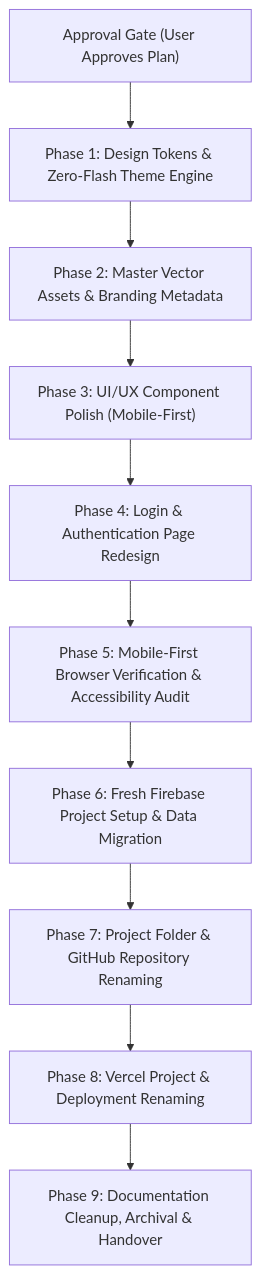
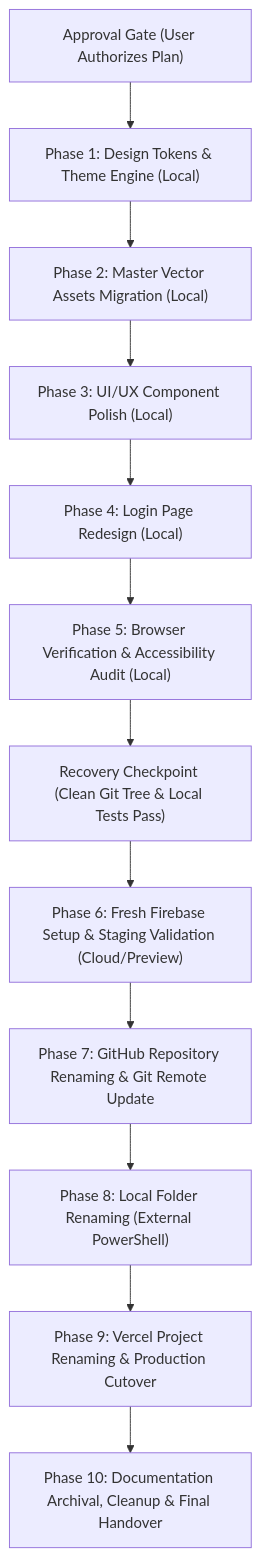
The diagram in docs/branding-exploration/06-phased-implementation-plan.md (manishborikar92/Regimen), drawn with Mermaid before and after one commit. The commit also changed other lines of this file, not shown here.

First line of the commit message:
docs(branding): Revise phased implementation plan with corrected evidence and audit

````diff
--- a/docs/branding-exploration/06-phased-implementation-plan.md
+++ b/docs/branding-exploration/06-phased-implementation-plan.md
@@ -70,12 +235,14 @@
 ```mermaid
 flowchart TD
-    Gate["Approval Gate (User Approves Plan)"] --> P1["Phase 1: Design Tokens & Zero-Flash Theme Engine"]
-    P1 --> P2["Phase 2: Master Vector Assets & Branding Metadata"]
-    P2 --> P3["Phase 3: UI/UX Component Polish (Mobile-First)"]
-    P3 --> P4["Phase 4: Login & Authentication Page Redesign"]
-    P4 --> P5["Phase 5: Mobile-First Browser Verification & Accessibility Audit"]
-    P5 --> P6["Phase 6: Fresh Firebase Project Setup & Data Migration"]
-    P6 --> P7["Phase 7: Project Folder & GitHub Repository Renaming"]
-    P7 --> P8["Phase 8: Vercel Project & Deployment Renaming"]
-    P8 --> P9["Phase 9: Documentation Cleanup, Archival & Handover"]
+    Gate["Approval Gate (User Authorizes Plan)"] --> P1["Phase 1: Design Tokens & Theme Engine (Local)"]
+    P1 --> P2["Phase 2: Master Vector Assets Migration (Local)"]
+    P2 --> P3["Phase 3: UI/UX Component Polish (Local)"]
+    P3 --> P4["Phase 4: Login Page Redesign (Local)"]
+    P4 --> P5["Phase 5: Browser Verification & Accessibility Audit (Local)"]
+    P5 --> Checkpoint["Recovery Checkpoint (Clean Git Tree & Local Tests Pass)"]
+    Checkpoint --> P6["Phase 6: Fresh Firebase Setup & Staging Validation (Cloud/Preview)"]
+    P6 --> P7["Phase 7: GitHub Repository Renaming & Git Remote Update"]
+    P7 --> P8["Phase 8: Local Folder Renaming (External PowerShell)"]
+    P8 --> P9["Phase 9: Vercel Project Renaming & Production Cutover"]
+    P9 --> P10["Phase 10: Documentation Archival, Cleanup & Final Handover"]
 ```
````
